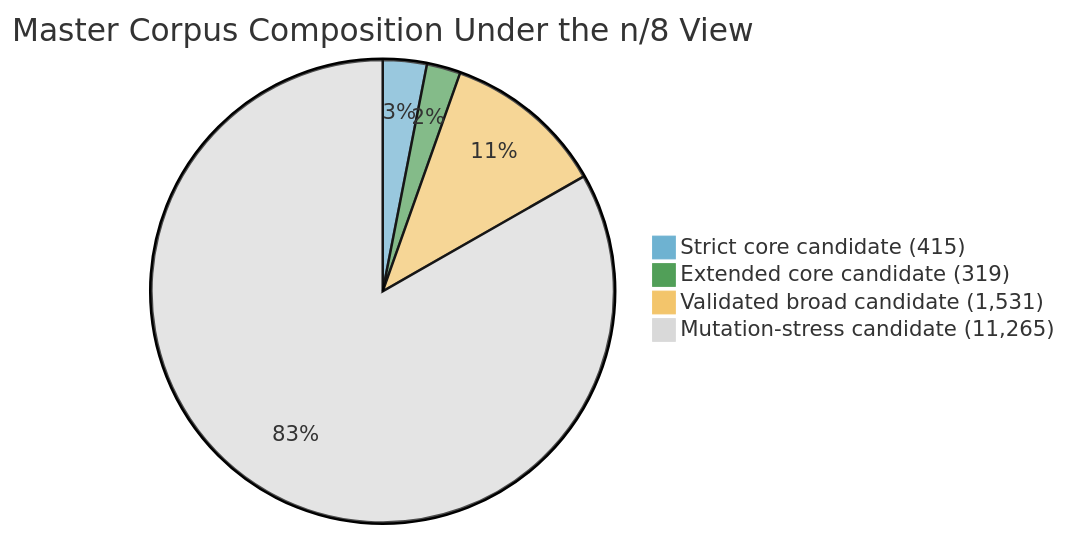
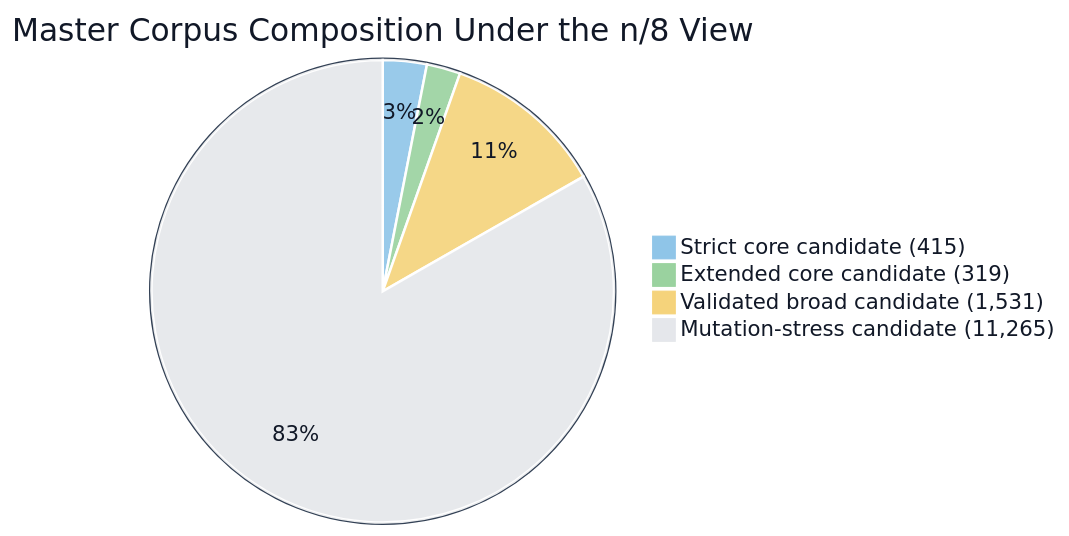
The fourth of 4 diagrams in README.md (Elias-Abebe-Gasparini/PQID-Dataset), drawn with Mermaid before and after one commit. The commit also changed other lines of this file and 1 other file, not shown here.

````diff
--- a/README.md
+++ b/README.md
@@ -288,8 +289,8 @@
 ```mermaid
-%%{init: {'theme': 'base', 'themeVariables': { 'pie1': '#6eb2d1', 'pie2': '#519f58', 'pie3': '#f3c56b', 'pie4': '#d9d9d9'}}}%%
+%%{init: {'theme': 'base', 'themeVariables': {'background': '#ffffff', 'mainBkg': '#ffffff', 'textColor': '#111827', 'primaryTextColor': '#111827', 'pieTitleTextColor': '#111827', 'pieSectionTextColor': '#111827', 'pieLegendTextColor': '#111827', 'pieStrokeColor': '#ffffff', 'pieOuterStrokeColor': '#334155', 'pieOpacity': '0.9', 'pie1': '#8fc5e8', 'pie2': '#9ad29f', 'pie3': '#f5d37b', 'pie4': '#e5e7eb', 'fontFamily': 'Arial, sans-serif'}}}%%
 pie title Master Corpus Composition Under the n/8 View
     "Strict core candidate (415)" : 415
     "Extended core candidate (319)" : 319
     "Validated broad candidate (1,531)" : 1531
     "Mutation-stress candidate (11,265)" : 11265
 ```
````
